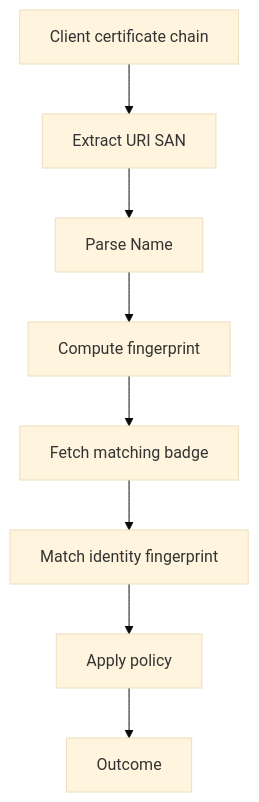
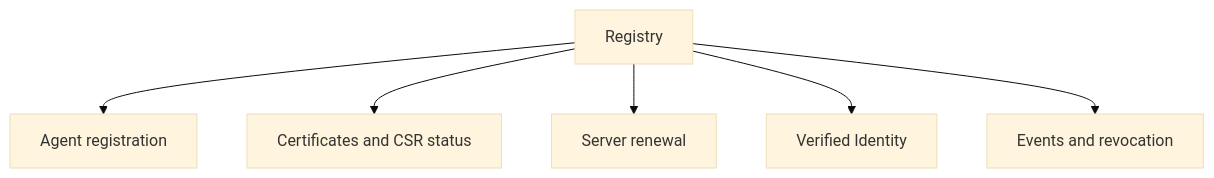
The third of 4 diagrams in SPEC.md (1amageek/ans-sdk-swift), drawn with Mermaid (base theme) before and after one commit. The commit also changed other lines of this file and 191 other files, not shown here.

````diff
--- a/SPEC.md
+++ b/SPEC.md
@@ -717,10 +154,8 @@
 ```mermaid
 flowchart TB
-  Start["Client certificate chain"] --> URI["Extract URI SAN"]
-  URI --> Name["Parse Name"]
-  Name --> Fingerprint["Compute fingerprint"]
-  Fingerprint --> Badge["Fetch matching badge"]
-  Badge --> CertMatch["Match identity fingerprint"]
-  CertMatch --> Policy["Apply policy"]
-  Policy --> Outcome["Outcome"]
+  Registry["Registry"] --> Agent["Agent registration"]
+  Registry --> Certificate["Certificates and CSR status"]
+  Registry --> Renewal["Server renewal"]
+  Registry --> Identity["Verified Identity"]
+  Registry --> Events["Events and revocation"]
 ```
````
